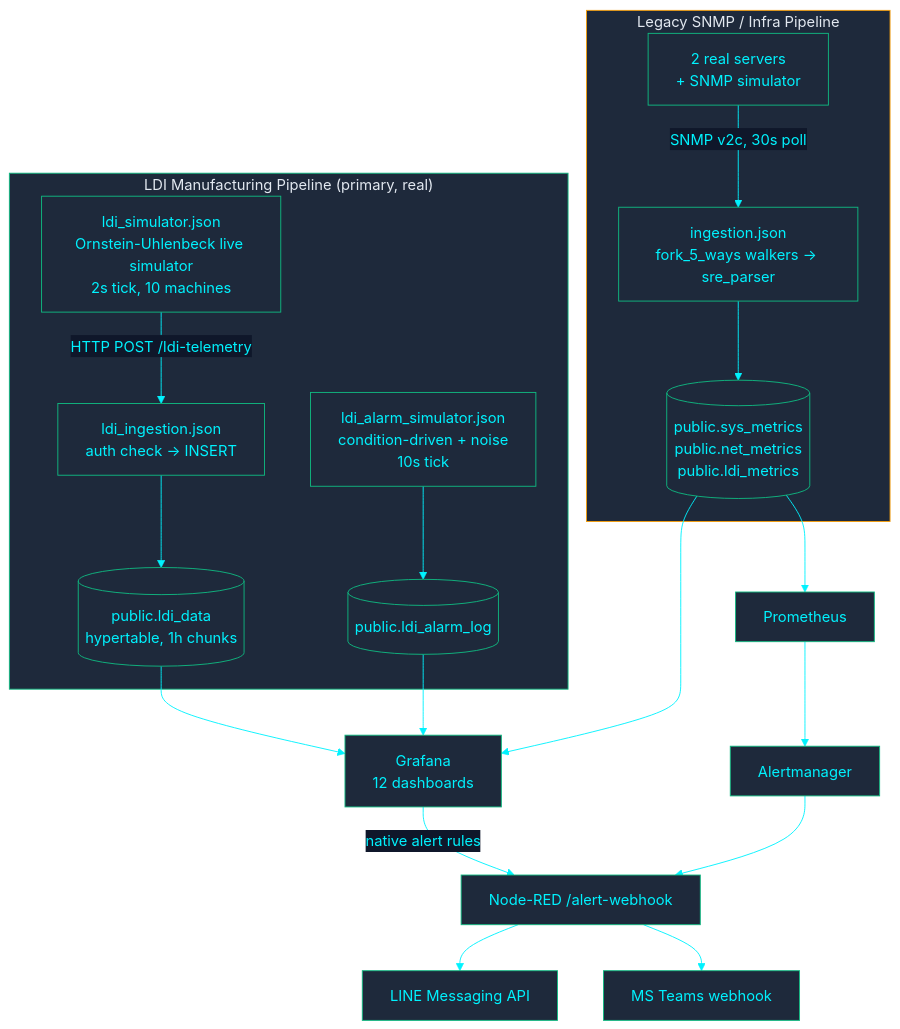
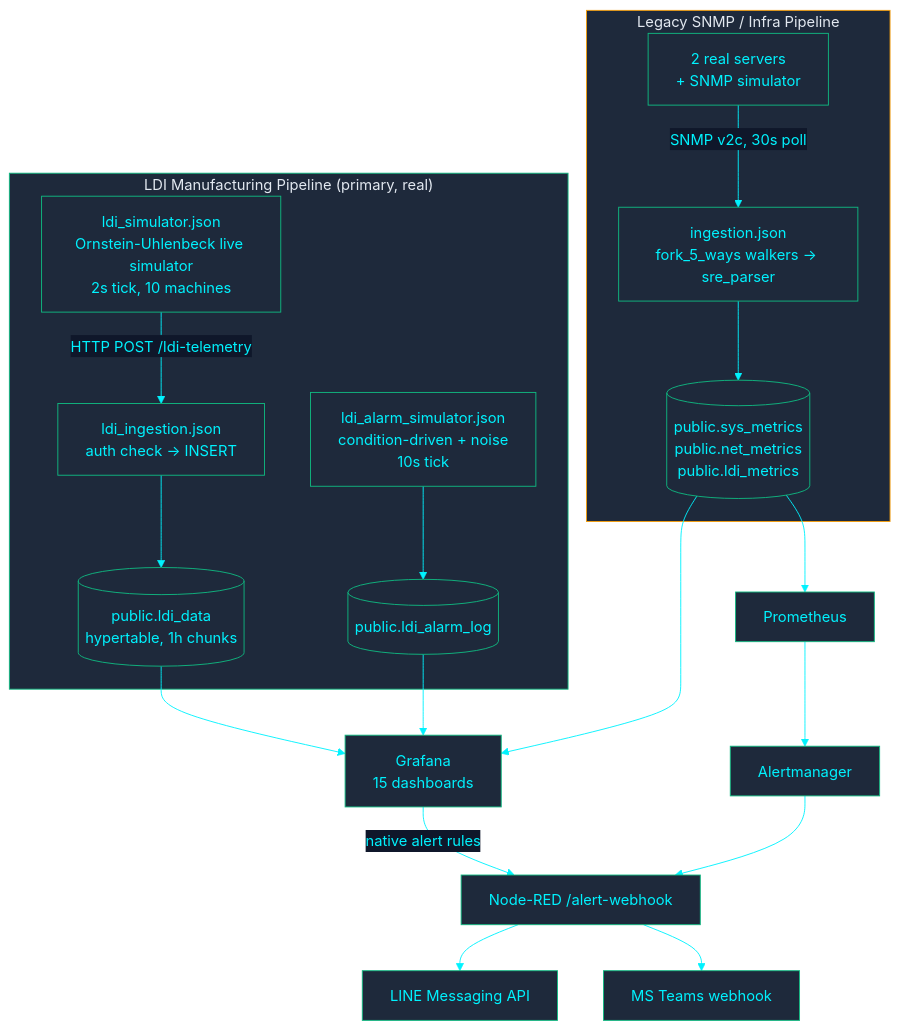
One commit to PATTANAKORN025/IMS changed the diagram in docs/architecture/ARCHITECTURE-th.md. Above: the diagram before and after it, drawn with Mermaid. The commit also changed other lines of this file and 34 other files, not shown here.

````diff
--- a/docs/architecture/ARCHITECTURE-th.md
+++ b/docs/architecture/ARCHITECTURE-th.md
@@ -13,26 +13,26 @@
 ```mermaid
 %%{init: {'theme': 'base', 'themeVariables': { 'primaryColor': '#1e293b', 'primaryTextColor': '#00F2FE', 'primaryBorderColor': '#10B981', 'lineColor': '#00F2FE', 'secondaryColor': '#0f172a', 'tertiaryColor': '#0f172a', 'clusterBkg': '#030407', 'clusterBorder': '#00F2FE'}}}%%
 flowchart TB
  subgraph LDI ["LDI Manufacturing Pipeline (primary, real)"]
   SIM["ldi_simulator.json\nOrnstein-Uhlenbeck live simulator\n2s tick, 10 machines"] -->|"HTTP POST /ldi-telemetry"| ING["ldi_ingestion.json\nauth check -> INSERT"]
   ING --> LDIDATA[("public.ldi_data\nhypertable, 1h chunks")]
   ALMSIM["ldi_alarm_simulator.json\ncondition-driven + noise\n10s tick"] --> ALARMLOG[("public.ldi_alarm_log")]
  end
 
  subgraph LEGACY ["Legacy SNMP / Infra Pipeline"]
   DEV["2 real servers\n+ SNMP simulator"] -->|"SNMP v2c, 30s poll"| NR["ingestion.json\nfork_5_ways walkers -> sre_parser"]
   NR --> SYSMETRICS[("public.sys_metrics\npublic.net_metrics\npublic.ldi_metrics")]
  end
 
- LDIDATA --> GRAFANA["Grafana\n12 dashboards"]
+ LDIDATA --> GRAFANA["Grafana\n15 dashboards"]
  ALARMLOG --> GRAFANA
  SYSMETRICS --> GRAFANA
  SYSMETRICS --> PROM["Prometheus"]
  GRAFANA -->|"native alert rules"| NRWEBHOOK["Node-RED /alert-webhook"]
  PROM --> AM["Alertmanager"] --> NRWEBHOOK
  NRWEBHOOK --> LINE["LINE Messaging API"]
  NRWEBHOOK --> TEAMS["MS Teams webhook"]
 
  style LDI fill:#1e293b,stroke:#10B981,color:#e2e8f0
  style LEGACY fill:#1e293b,stroke:#F59E0B,color:#e2e8f0
 ```
````
